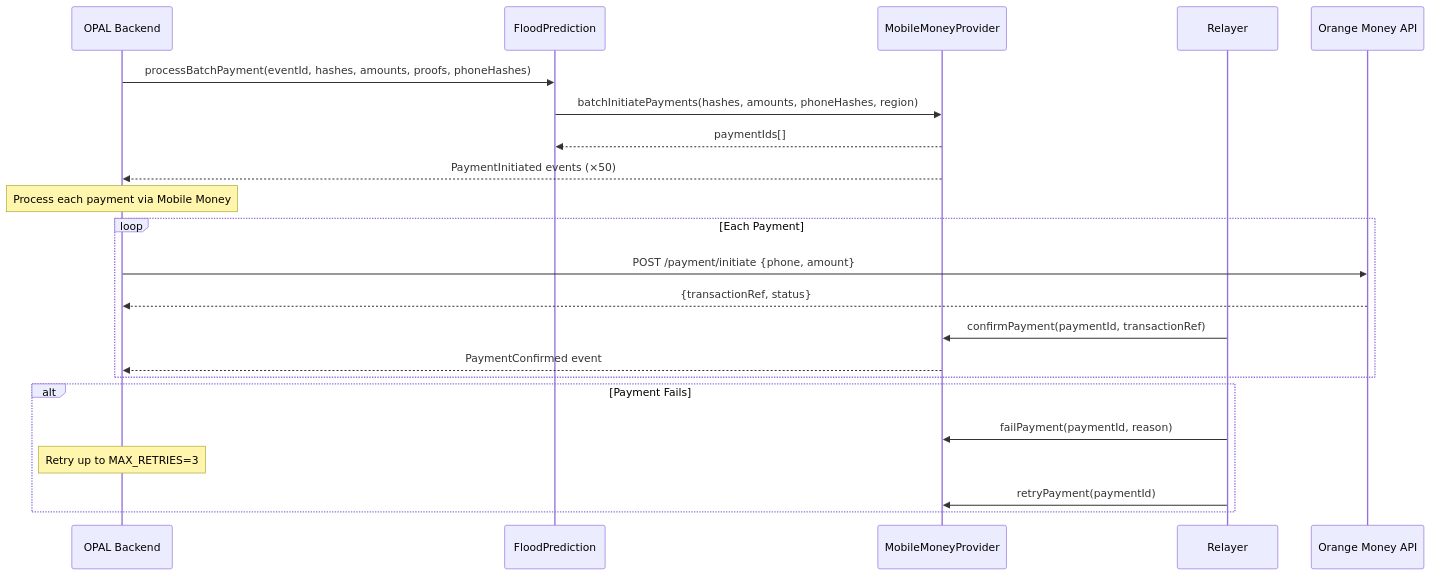
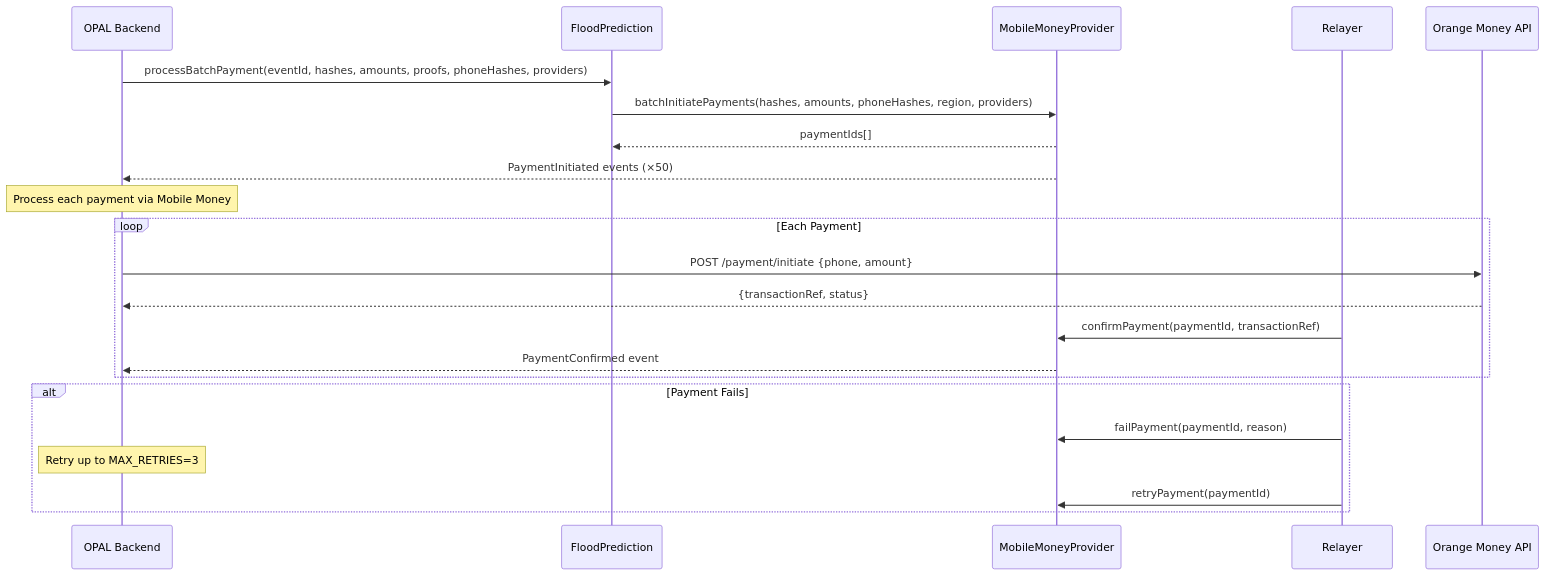
Before and after one commit to loxadim/flood-prediction-smart-contract: the third of 11 diagrams in docs/OPAL_INTEGRATION_PLAN.md, drawn with Mermaid. The commit also changed 56 other files, not shown here.

````diff
--- a/docs/OPAL_INTEGRATION_PLAN.md
+++ b/docs/OPAL_INTEGRATION_PLAN.md
@@ -167,27 +167,27 @@
 ```mermaid
 sequenceDiagram
     participant OPAL as OPAL Backend
     participant FPC as FloodPrediction
     participant MMP as MobileMoneyProvider
     participant REL as Relayer
     participant OM as Orange Money API
     
-    OPAL->>FPC: processBatchPayment(eventId, hashes, amounts, proofs, phoneHashes)
-    FPC->>MMP: batchInitiatePayments(hashes, amounts, phoneHashes, region)
+    OPAL->>FPC: processBatchPayment(eventId, hashes, amounts, proofs, phoneHashes, providers)
+    FPC->>MMP: batchInitiatePayments(hashes, amounts, phoneHashes, region, providers)
     MMP-->>FPC: paymentIds[]
     MMP-->>OPAL: PaymentInitiated events (×50)
     
     Note over OPAL: Process each payment via Mobile Money
     loop Each Payment
         OPAL->>OM: POST /payment/initiate {phone, amount}
         OM-->>OPAL: {transactionRef, status}
         REL->>MMP: confirmPayment(paymentId, transactionRef)
         MMP-->>OPAL: PaymentConfirmed event
     end
     
     alt Payment Fails
         REL->>MMP: failPayment(paymentId, reason)
         Note over OPAL: Retry up to MAX_RETRIES=3
         REL->>MMP: retryPayment(paymentId)
     end
 ```
````
